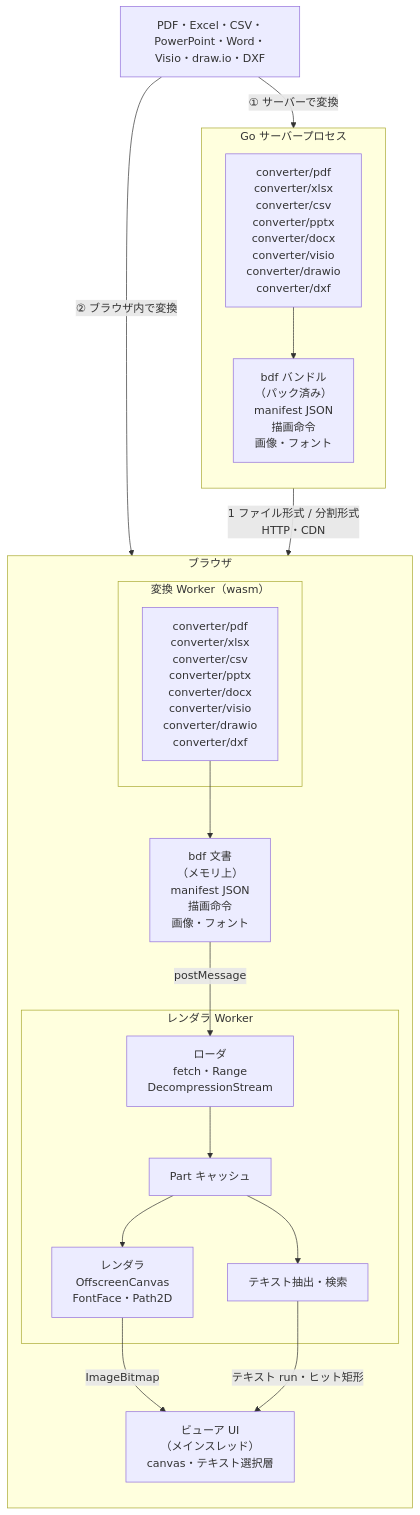
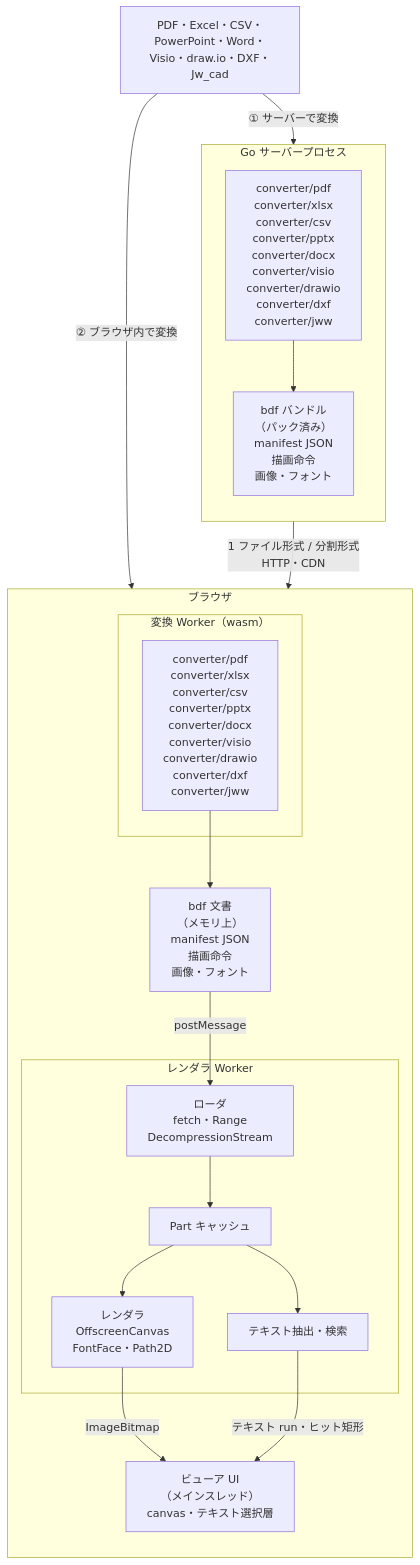
Before and after one commit to shibukawa/bdf: the diagram in README.ja.md, drawn with Mermaid. The commit also changed other lines of this file and 30 other files, not shown here.

````diff
--- a/README.ja.md
+++ b/README.ja.md
@@ -13,37 +13,37 @@
 ```mermaid
 flowchart TB
-    SRC["PDF・Excel・CSV・PowerPoint・Word・Visio・draw.io・DXF"]
+    SRC["PDF・Excel・CSV・PowerPoint・Word・Visio・draw.io・DXF・Jw_cad"]
 
     subgraph SERVER["Go サーバープロセス"]
         direction TB
-        SCONV["converter/pdf<br/>converter/xlsx<br/>converter/csv<br/>converter/pptx<br/>converter/docx<br/>converter/visio<br/>converter/drawio<br/>converter/dxf"]
+        SCONV["converter/pdf<br/>converter/xlsx<br/>converter/csv<br/>converter/pptx<br/>converter/docx<br/>converter/visio<br/>converter/drawio<br/>converter/dxf<br/>converter/jww"]
         BUNDLE["bdf バンドル<br/>（パック済み）<br/>manifest JSON<br/>描画命令<br/>画像・フォント"]
         SCONV --> BUNDLE
     end
 
     subgraph BROWSER["ブラウザ"]
         direction TB
         subgraph CWORKER["変換 Worker（wasm）"]
-            WCONV["converter/pdf<br/>converter/xlsx<br/>converter/csv<br/>converter/pptx<br/>converter/docx<br/>converter/visio<br/>converter/drawio<br/>converter/dxf"]
+            WCONV["converter/pdf<br/>converter/xlsx<br/>converter/csv<br/>converter/pptx<br/>converter/docx<br/>converter/visio<br/>converter/drawio<br/>converter/dxf<br/>converter/jww"]
         end
         PARTS["bdf 文書<br/>（メモリ上）<br/>manifest JSON<br/>描画命令<br/>画像・フォント"]
         subgraph RWORKER["レンダラ Worker"]
             LOADER["ローダ<br/>fetch・Range<br/>DecompressionStream"]
             STORE["Part キャッシュ"]
             RENDER["レンダラ<br/>OffscreenCanvas<br/>FontFace・Path2D"]
             TEXT["テキスト抽出・検索"]
             LOADER --> STORE
             STORE --> RENDER
             STORE --> TEXT
         end
         UI["ビューア UI<br/>（メインスレッド）<br/>canvas・テキスト選択層"]
         WCONV --> PARTS
     end
 
     SRC -- "① サーバーで変換" --> SCONV
     SRC -- "② ブラウザ内で変換" --> WCONV
     BUNDLE -- "1 ファイル形式 / 分割形式<br/>HTTP・CDN" --> LOADER
     PARTS -- "postMessage" --> LOADER
     RENDER -- "ImageBitmap" --> UI
     TEXT -- "テキスト run・ヒット矩形" --> UI
 ```
````
